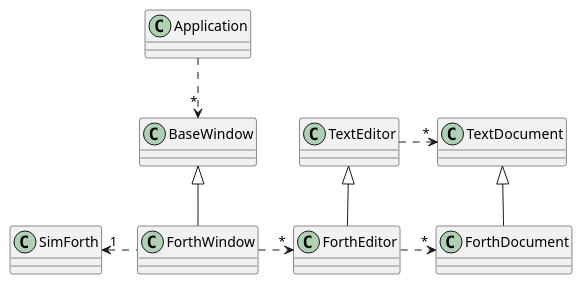
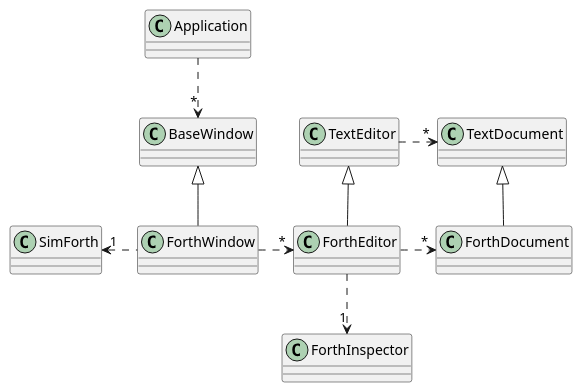
Before and after one commit to Lecrapouille/SimForth: the diagram in src/editor/doc/ForthIDE.plantuml, drawn with PlantUML. The commit also changed 2 other files, not shown here.

Commit message:
Add UML diag

```diff
--- a/src/editor/doc/ForthIDE.plantuml
+++ b/src/editor/doc/ForthIDE.plantuml
@@ -1,21 +1,23 @@
 @startuml
 
 class Application
 class BaseWindow
 class ForthWindow
 class TextEditor
 class ForthEditor
+class ForthInspector
 class SimForth
 class TextDocument
 class ForthDocument
 
 Application ..> "*" BaseWindow
 BaseWindow <|-- ForthWindow
 TextEditor <|-- ForthEditor
 TextEditor .> "*" TextDocument
 ForthWindow .> "*" ForthEditor
 TextDocument <|-- ForthDocument
 ForthEditor .> "*" ForthDocument
+ForthEditor ..> "1" ForthInspector
 SimForth "1" <. ForthWindow
 
 @enduml
```
